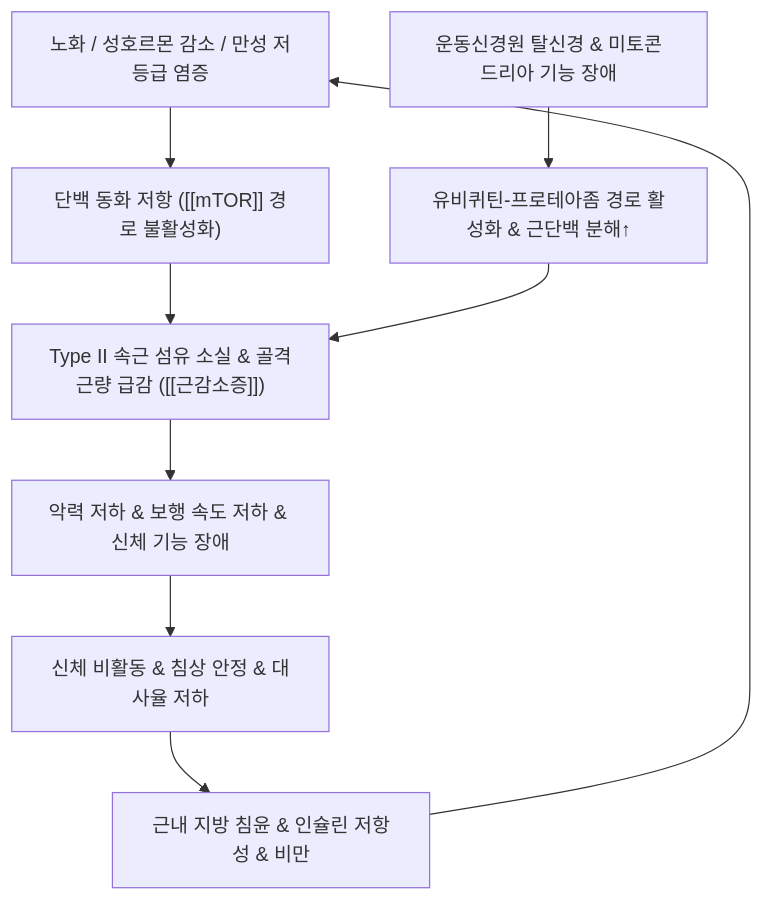
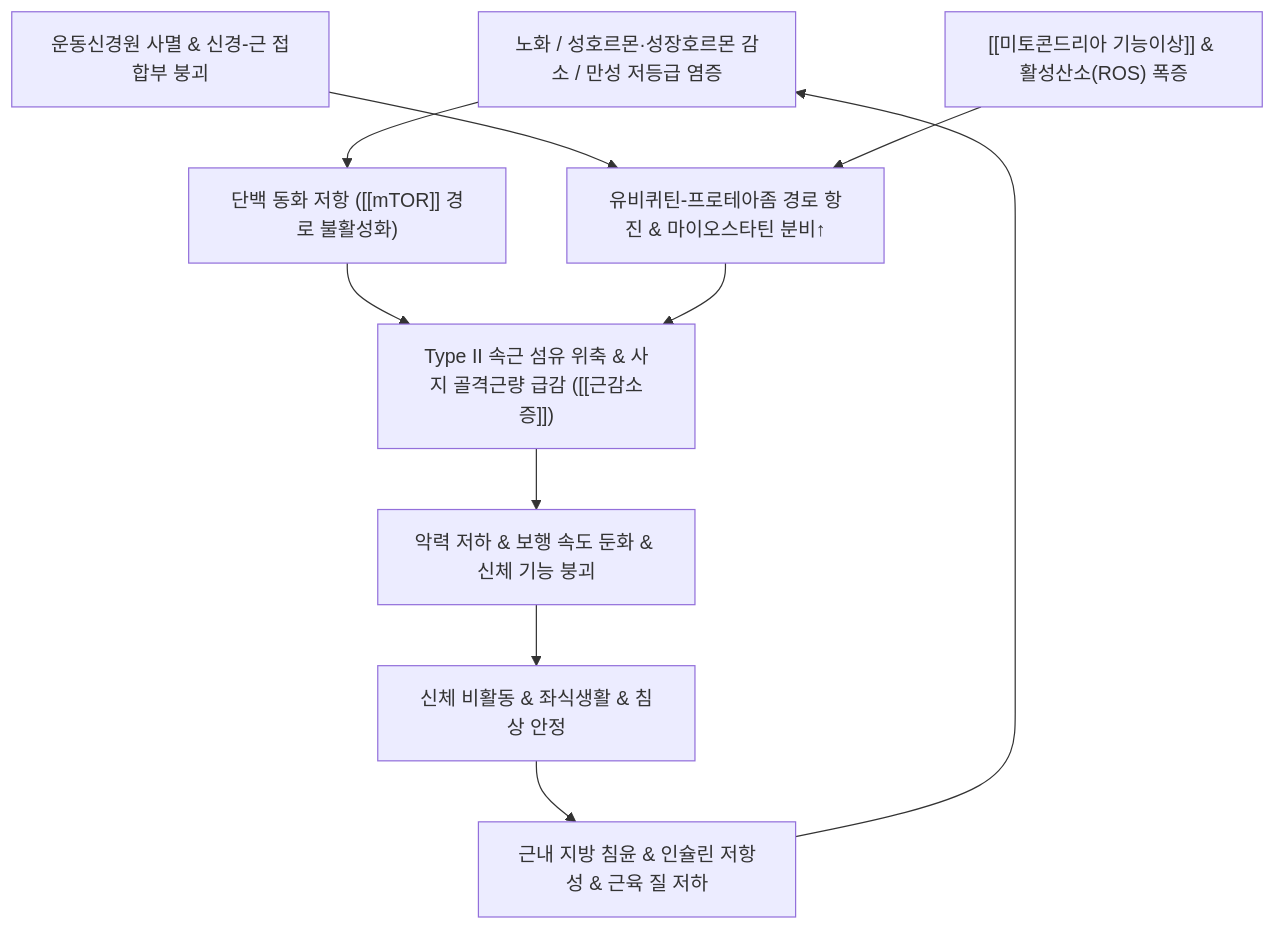
One commit to simbio11/simbio-digital-garden2 changed the diagram in content/3. 이론 공부/질환/근골격계 질환/기타/근감소증.md. Above: the diagram before and after it, drawn with Mermaid. The commit also changed other lines of this file and 147 other files, not shown here.

````diff
--- a/content/3. 이론 공부/질환/근골격계 질환/기타/근감소증.md
+++ b/content/3. 이론 공부/질환/근골격계 질환/기타/근감소증.md
@@ -76,11 +124,12 @@
 ```mermaid
 graph TD
-    Aging["노화 / 성호르몬 감소 / 만성 저등급 염증"] --> AnabolicResist["단백 동화 저항 ([[mTOR]] 경로 불활성화)"]
-    Denervation["운동신경원 탈신경 & 미토콘드리아 기능 장애"] --> Proteolysis["유비퀴틴-프로테아좀 경로 활성화 & 근단백 분해↑"]
-    AnabolicResist --> Loss["Type II 속근 섬유 소실 & 골격근량 급감 ([[근감소증]])"]
+    Aging["노화 / 성호르몬·성장호르몬 감소 / 만성 저등급 염증"] --> AnabolicResist["단백 동화 저항 ([[mTOR]] 경로 불활성화)"]
+    Denervation["운동신경원 사멸 & 신경-근 접합부 붕괴"] --> Proteolysis["유비퀴틴-프로테아좀 경로 항진 & 마이오스타틴 분비↑"]
+    MitoDys["[[미토콘드리아 기능이상]] & 활성산소(ROS) 폭증"] --> Proteolysis
+    AnabolicResist --> Loss["Type II 속근 섬유 위축 & 사지 골격근량 급감 ([[근감소증]])"]
     Proteolysis --> Loss
-    Loss --> Weakness["악력 저하 & 보행 속도 저하 & 신체 기능 장애"]
-    Weakness --> Sedentary["신체 비활동 & 침상 안정 & 대사율 저하"]
-    Sedentary --> Myosteatosis["근내 지방 침윤 & 인슐린 저항성 & 비만"]
+    Loss --> Weakness["악력 저하 & 보행 속도 둔화 & 신체 기능 붕괴"]
+    Weakness --> Sedentary["신체 비활동 & 좌식생활 & 침상 안정"]
+    Sedentary --> Myosteatosis["근내 지방 침윤 & 인슐린 저항성 & 근육 질 저하"]
     Myosteatosis --> Aging
 ```
````
